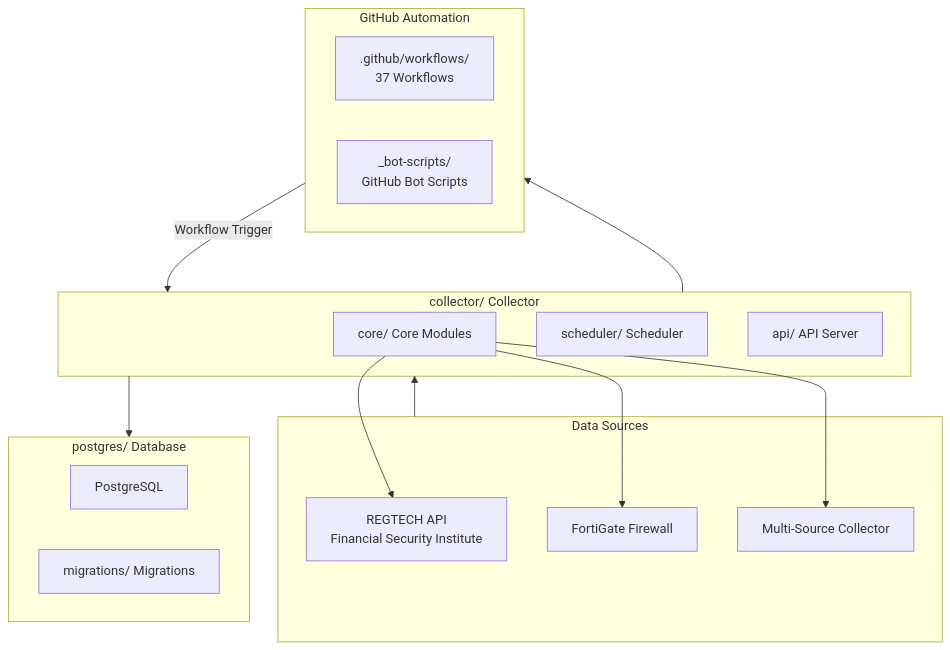
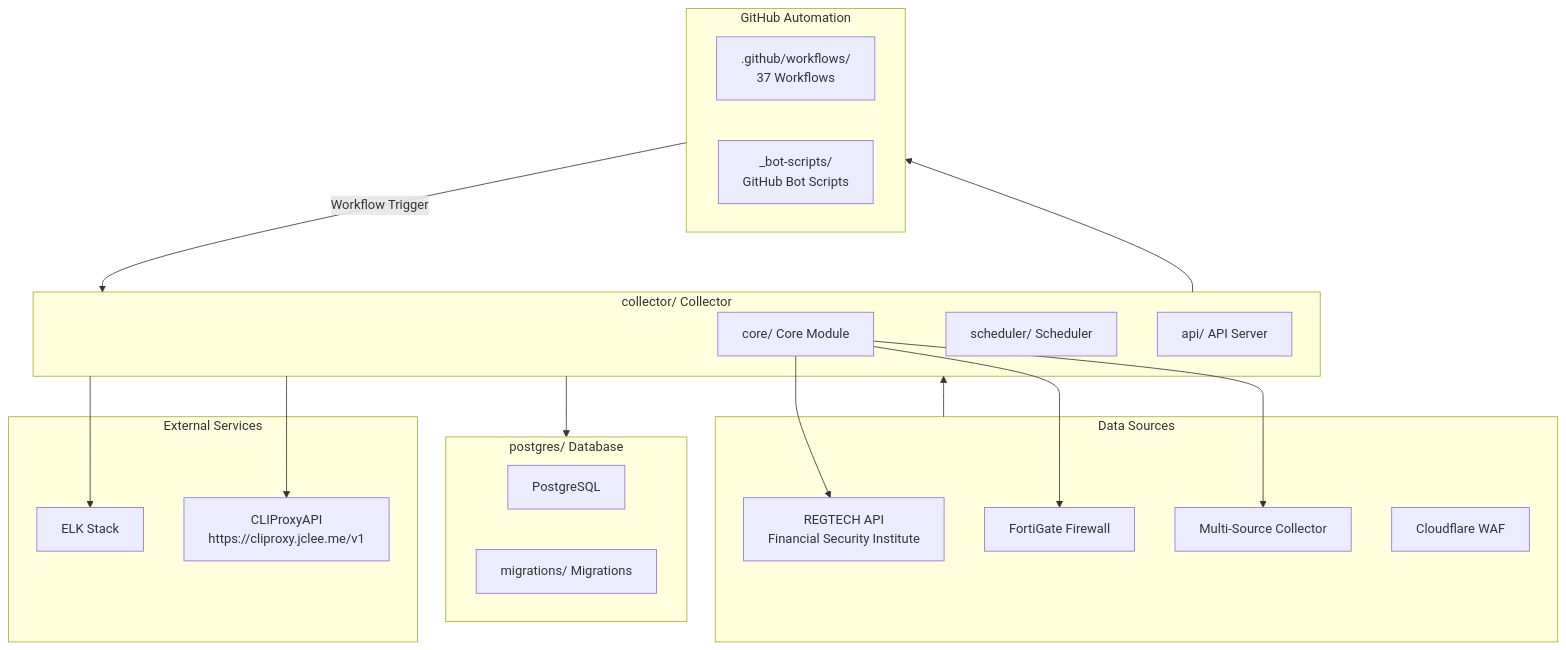
One commit to jclee941/blacklist changed the second of 2 diagrams in README.md. Above: the diagram before and after it, drawn with Mermaid. The commit also changed other lines of this file, not shown here.

````diff
--- a/README.md
+++ b/README.md
@@ -267,33 +333,41 @@
 ```mermaid
 flowchart TB
     subgraph DataSources["Data Sources"]
         REGTECH["REGTECH API<br/>Financial Security Institute"]
         FORTIGATE["FortiGate Firewall"]
         MULTI["Multi-Source Collector"]
+        CLOUDFLARE["Cloudflare WAF"]
     end
 
     subgraph Collector["collector/ Collector"]
-        CORE["core/ Core Modules"]
+        CORE["core/ Core Module"]
         SCHEDULER["scheduler/ Scheduler"]
         API["api/ API Server"]
         
         CORE --> FORTIGATE
         CORE --> REGTECH
         CORE --> MULTI
     end
 
     subgraph Database["postgres/ Database"]
         PG["PostgreSQL"]
         MIGRATIONS["migrations/ Migrations"]
     end
 
     subgraph GitHubAutomation["GitHub Automation"]
         WORKFLOWS[".github/workflows/<br/>37 Workflows"]
         BOTS["_bot-scripts/<br/>GitHub Bot Scripts"]
     end
 
+    subgraph ExternalServices["External Services"]
+        ELK["ELK Stack<br/><homelab-elk>"]
+        PROXY["CLIProxyAPI<br/>https://cliproxy.jclee.me/v1"]
+    end
+
     DataSources --> Collector
     Collector --> Database
     Collector --> GitHubAutomation
     GitHubAutomation -->|Workflow Trigger| Collector
+    Collector --> ELK
+    Collector --> PROXY
 ```
````
